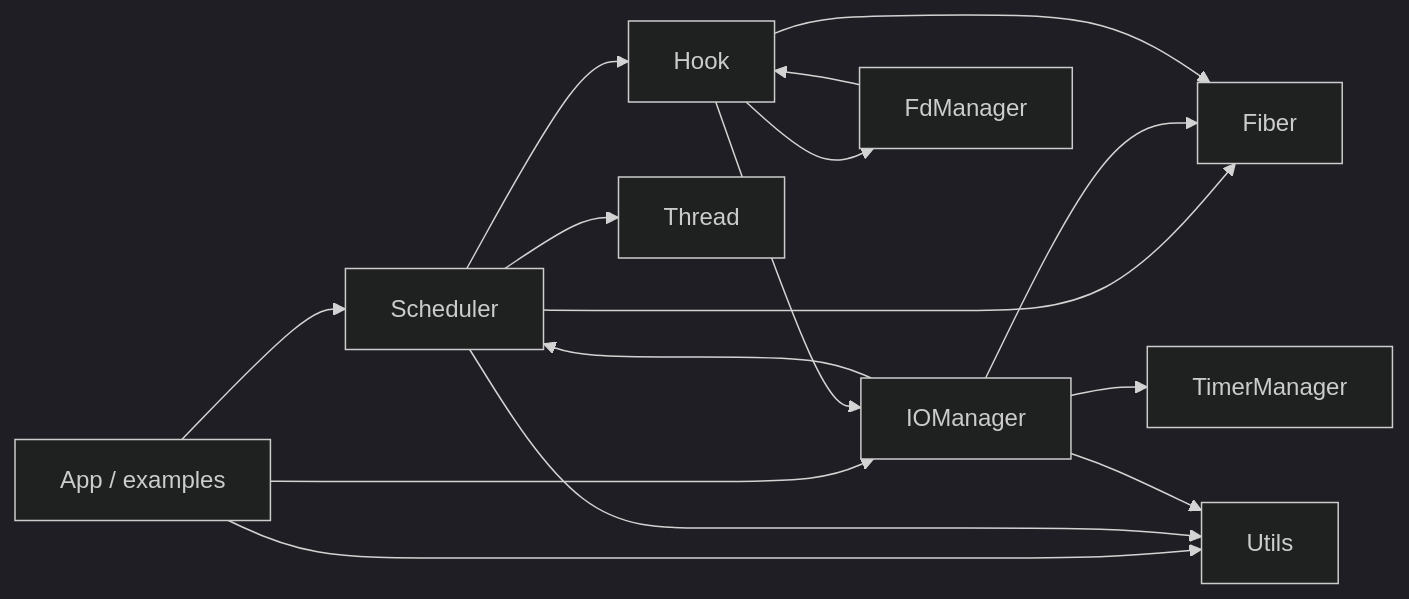
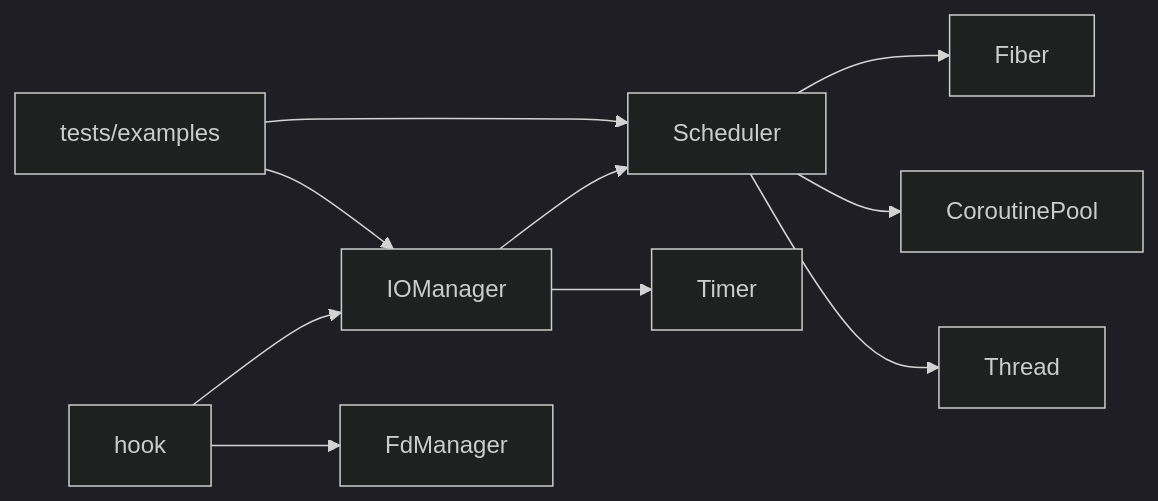
The diagram in docs/MODULES.md (lhao4/Coroutine-lib), drawn with Mermaid (dark theme) before and after one commit. The commit also changed other lines of this file and 6 other files, not shown here.

````diff
--- a/docs/MODULES.md
+++ b/docs/MODULES.md
@@ -11,33 +132,15 @@
 ```mermaid
-graph LR
-    APP[App / examples]
-    SCH[Scheduler]
-    FIB[Fiber]
-    IOM[IOManager]
-    TIM[TimerManager]
-    HK[Hook]
-    FDM[FdManager]
-    THR[Thread]
-    UTL[Utils]
+flowchart LR
+    APP[tests/examples] --> SCH[Scheduler]
+    APP --> IOM[IOManager]
 
-    APP --> SCH
-    APP --> IOM
-
-    SCH --> FIB
-    SCH --> THR
-    SCH --> HK
+    SCH --> FIB[Fiber]
+    SCH --> POOL[CoroutinePool]
+    SCH --> THR[Thread]
 
     IOM --> SCH
-    IOM --> TIM
-    IOM --> FIB
+    IOM --> TIM[Timer]
 
-    HK --> IOM
-    HK --> FDM
-    HK --> FIB
-
-    FDM --> HK
-
-    APP --> UTL
-    SCH --> UTL
-    IOM --> UTL
+    HOOK[hook] --> IOM
+    HOOK --> FDM[FdManager]
 ```
````
